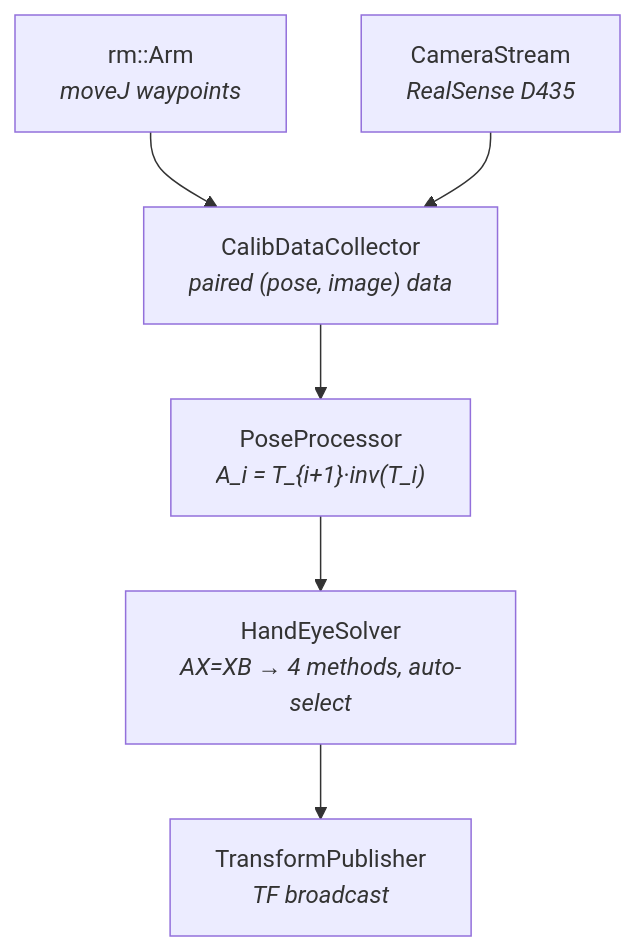
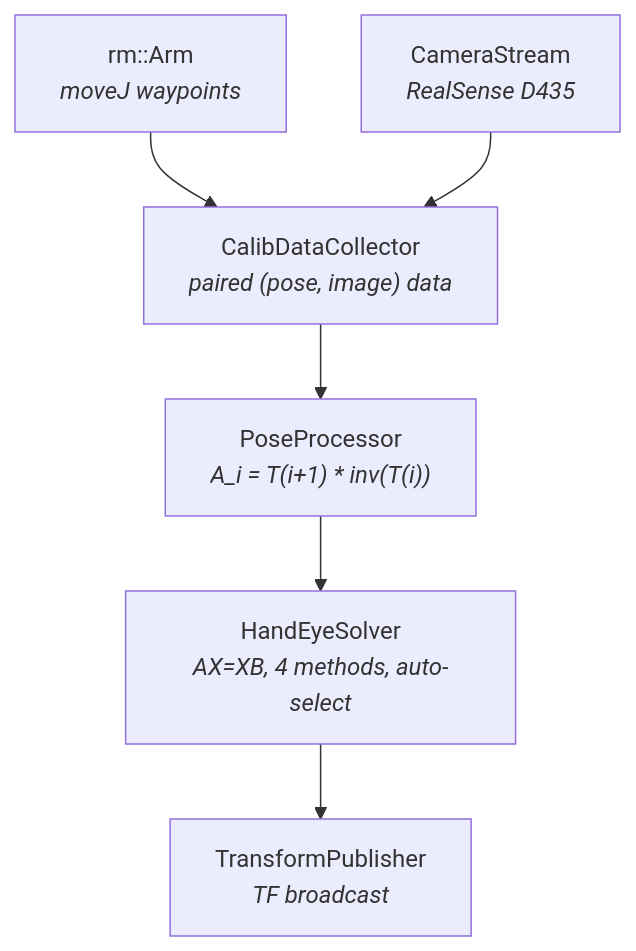
One commit to sunyuming53-byte/the_first_box changed the fifth of 6 diagrams in docs/ARCHITECTURE.md. Above: the diagram before and after it, drawn with Mermaid. The commit also changed 2 other files, not shown here.

Commit message:
fix(docs): escape parens in mermaid edge label, test all 12 blocks

````diff
--- a/docs/ARCHITECTURE.md
+++ b/docs/ARCHITECTURE.md
@@ -366,15 +366,15 @@
 ```mermaid
 graph TD
     arm["rm::Arm<br/><i>moveJ waypoints</i>"]
     cam["CameraStream<br/><i>RealSense D435</i>"]
     collect["CalibDataCollector<br/><i>paired (pose, image) data</i>"]
-    pproc["PoseProcessor<br/><i>A_i = T_{i+1}·inv(T_i)</i>"]
-    solve["HandEyeSolver<br/><i>AX=XB → 4 methods, auto-select</i>"]
+    pproc["PoseProcessor<br/><i>A_i = T(i+1) * inv(T(i))</i>"]
+    solve["HandEyeSolver<br/><i>AX=XB, 4 methods, auto-select</i>"]
     xform["TransformPublisher<br/><i>TF broadcast</i>"]
 
     arm --> collect
     cam --> collect
     collect --> pproc
     pproc --> solve
     solve --> xform
 ```
````
